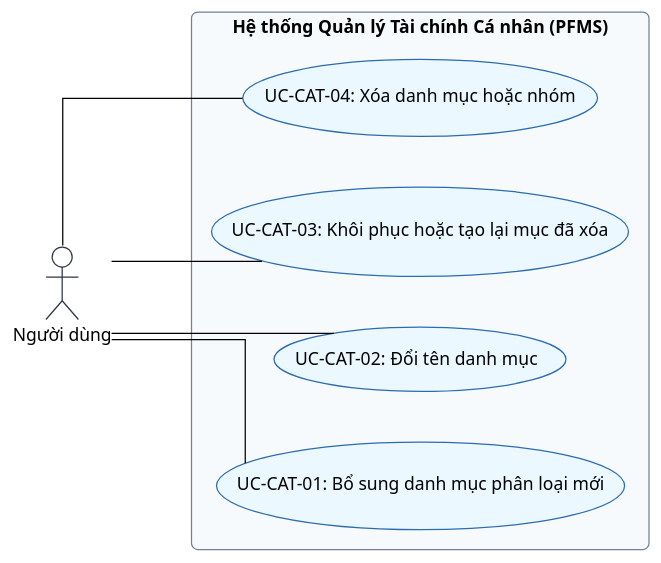
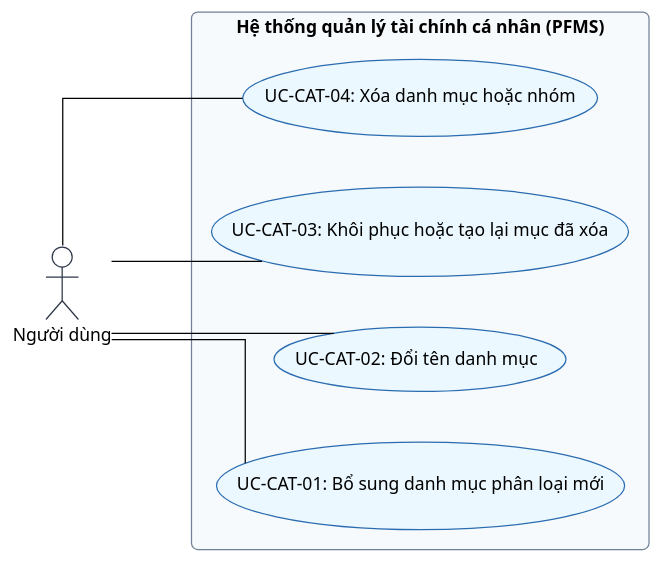
The fifth of 7 diagrams in docs/software-requirement-specification/08-so-do-ca-su-dung-he-thong.md (mynhleeh/pfms-oop), drawn with PlantUML before and after one commit. The commit also changed other lines of this file and 9 other files, not shown here.

````diff
--- a/docs/software-requirement-specification/08-so-do-ca-su-dung-he-thong.md
+++ b/docs/software-requirement-specification/08-so-do-ca-su-dung-he-thong.md
@@ -208,31 +200,31 @@
 ```plantuml
 @startuml
 !theme plain
 skinparam shadowing false
 skinparam roundCorner 10
 skinparam defaultFontName "Segoe UI"
 skinparam linetype ortho
 skinparam nodesep 40
 skinparam ranksep 80
 skinparam actorBorderColor #2D3748
 skinparam usecaseBorderColor #2B6CB0
 skinparam usecaseBackgroundColor #EBF8FF
 skinparam rectangleBorderColor #718096
 skinparam rectangleBackgroundColor #F7FAFC
 left to right direction
 
 actor "Người dùng" as Owner
 
-rectangle "Hệ thống Quản lý Tài chính Cá nhân (PFMS)" {
-    usecase "UC-CAT-04: Xóa danh mục hoặc nhóm" as UC_CAT_04
-    usecase "UC-CAT-03: Khôi phục hoặc tạo lại mục đã xóa" as UC_CAT_03
-    usecase "UC-CAT-02: Đổi tên danh mục" as UC_CAT_02
-    usecase "UC-CAT-01: Bổ sung danh mục phân loại mới" as UC_CAT_01
+rectangle "Hệ thống quản lý tài chính cá nhân (PFMS)" {
+usecase "UC-CAT-04: Xóa danh mục hoặc nhóm" as UC_CAT_04
+usecase "UC-CAT-03: Khôi phục hoặc tạo lại mục đã xóa" as UC_CAT_03
+usecase "UC-CAT-02: Đổi tên danh mục" as UC_CAT_02
+usecase "UC-CAT-01: Bổ sung danh mục phân loại mới" as UC_CAT_01
 }
 
 Owner -- UC_CAT_01
 Owner -- UC_CAT_02
 Owner -- UC_CAT_03
 Owner -- UC_CAT_04
 @enduml
 ```
````
